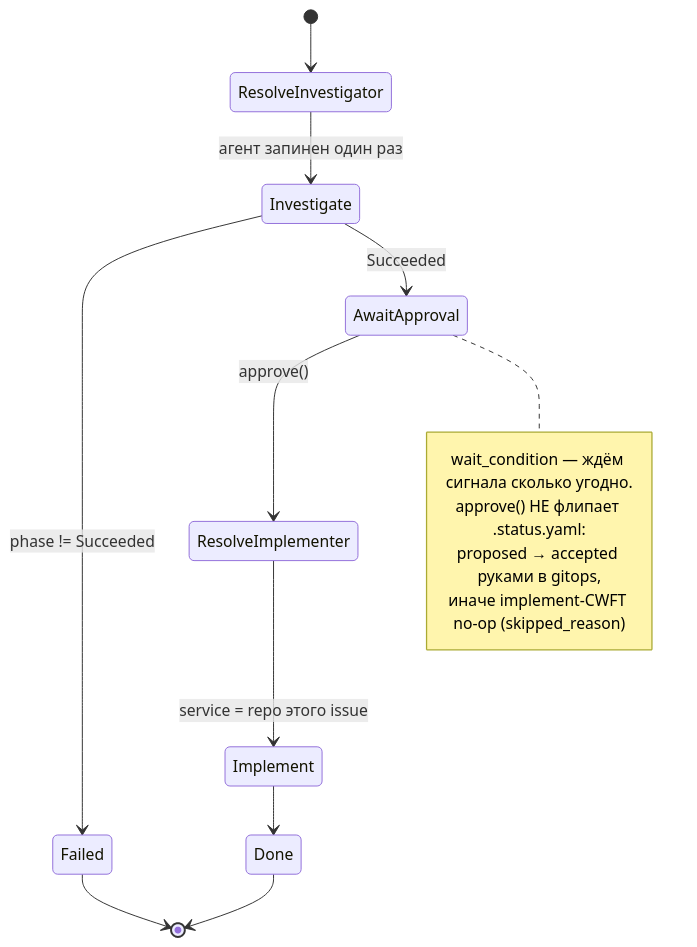
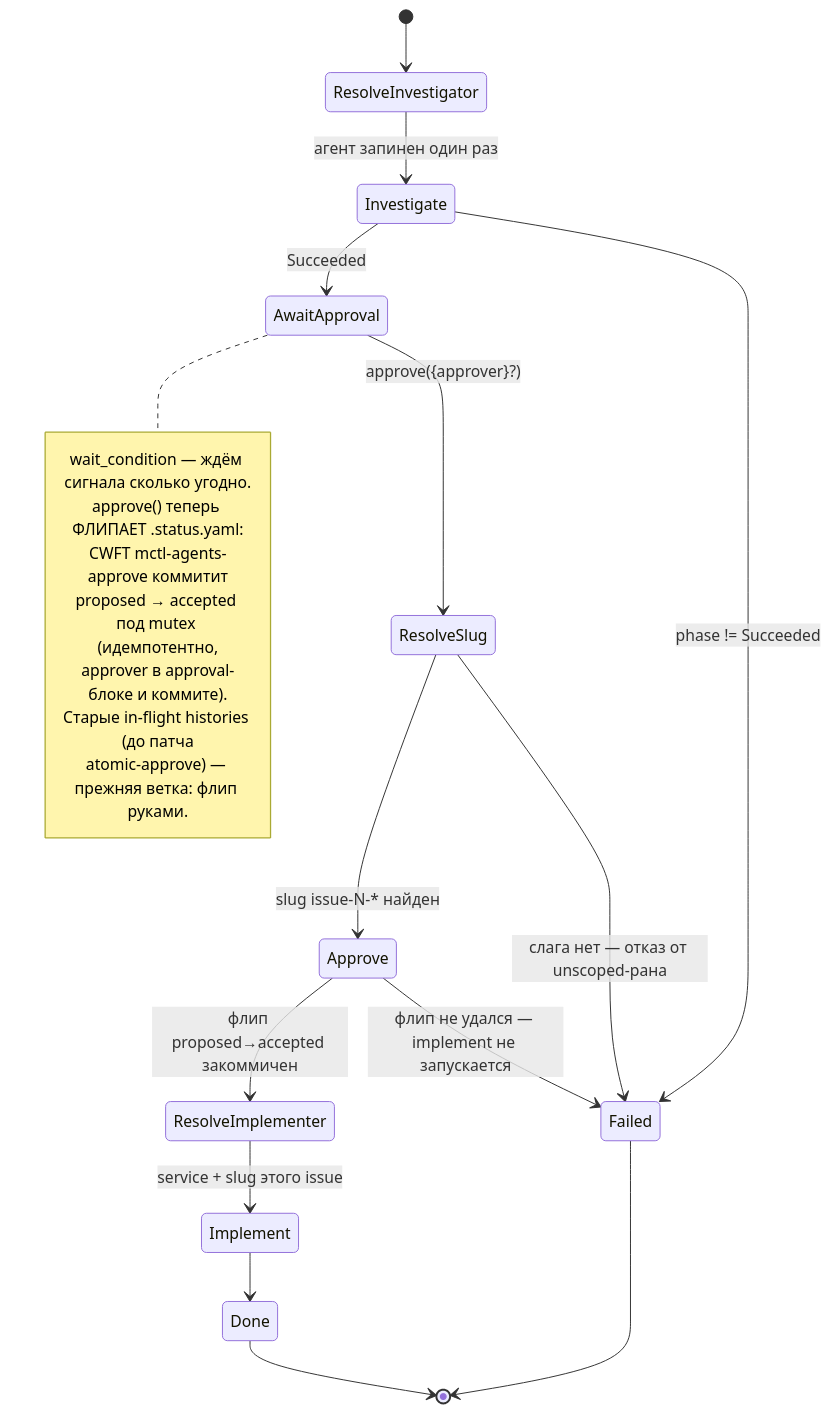
The third of 4 diagrams in docs/temporal-flow.md (mctlhq/mctl-agents), drawn with Mermaid before and after one commit. The commit also changed other lines of this file and 6 other files, not shown here.

First line of the commit message:
docs: sync temporal-flow, README, inventory with atomic approve and phase 6

````diff
--- a/docs/temporal-flow.md
+++ b/docs/temporal-flow.md
@@ -117,19 +124,26 @@
 ```mermaid
 stateDiagram-v2
     [*] --> ResolveInvestigator
     ResolveInvestigator --> Investigate: агент запинен один раз
     Investigate --> Failed: phase != Succeeded
     Investigate --> AwaitApproval: Succeeded
-    AwaitApproval --> ResolveImplementer: approve()
-    ResolveImplementer --> Implement: service = repo этого issue
+    AwaitApproval --> ResolveSlug: approve({approver}?)
+    ResolveSlug --> Approve: slug issue-N-* найден
+    ResolveSlug --> Failed: слага нет — отказ от unscoped-рана
+    Approve --> ResolveImplementer: флип proposed→accepted закоммичен
+    Approve --> Failed: флип не удался — implement не запускается
+    ResolveImplementer --> Implement: service + slug этого issue
     Implement --> Done
     Failed --> [*]
     Done --> [*]
 
     note right of AwaitApproval
       wait_condition — ждём сигнала сколько угодно.
-      approve() НЕ флипает .status.yaml:
-      proposed → accepted руками в gitops,
-      иначе implement-CWFT no-op (skipped_reason)
+      approve() теперь ФЛИПАЕТ .status.yaml:
+      CWFT mctl-agents-approve коммитит
+      proposed → accepted под mutex (идемпотентно,
+      approver в approval-блоке и коммите).
+      Старые in-flight histories (до патча
+      atomic-approve) — прежняя ветка: флип руками.
     end note
 ```
````
